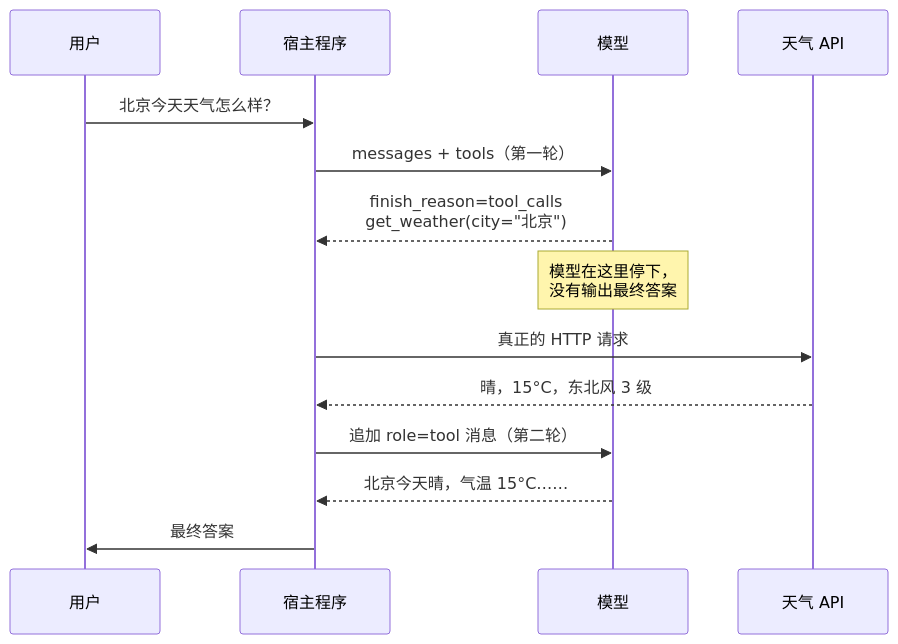
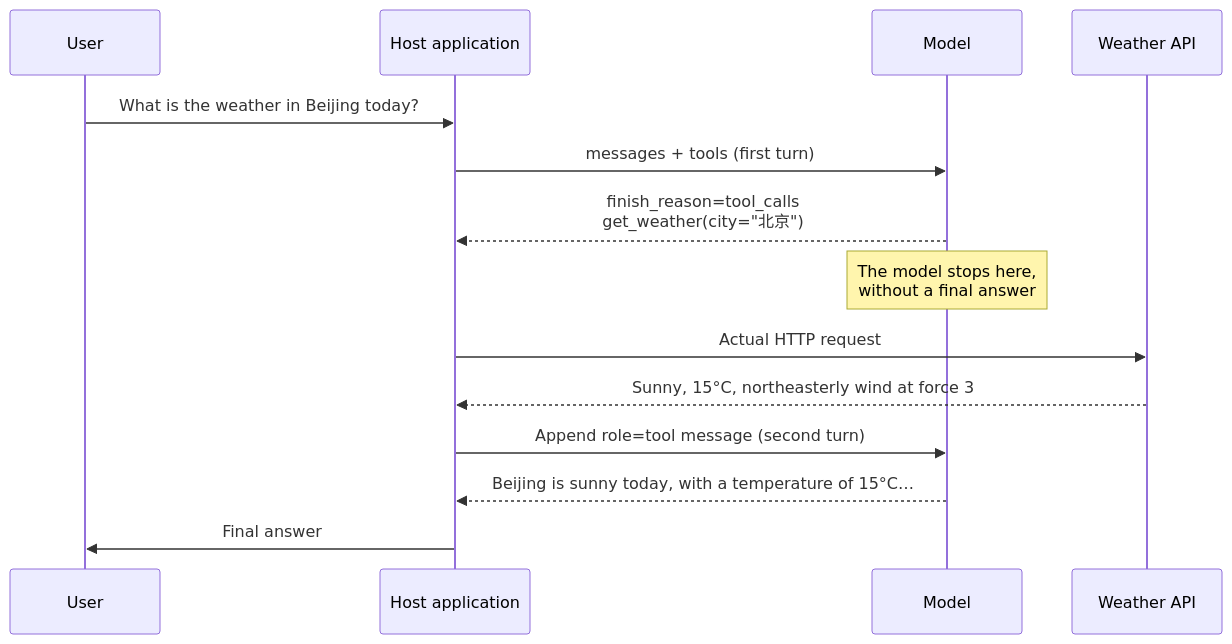
Before and after one commit to oneleaveknowsthefall/awesome-ai-roadmap: the third of 4 diagrams in docs/tools/01-function-calling/01-function-calling.md, drawn with Mermaid. The commit also changed other lines of this file and 42 other files, not shown here.

First line of the commit message:
docs: migrate tools to English-first bilingual pages

````diff
--- a/docs/tools/01-function-calling/01-function-calling.md
+++ b/docs/tools/01-function-calling/01-function-calling.md
@@ -161,17 +162,17 @@
 ```mermaid
 sequenceDiagram
-    participant U as 用户
-    participant H as 宿主程序
-    participant M as 模型
-    participant T as 天气 API
+    participant U as User
+    participant H as Host application
+    participant M as Model
+    participant T as Weather API
 
-    U->>H: 北京今天天气怎么样？
-    H->>M: messages + tools（第一轮）
+    U->>H: What is the weather in Beijing today?
+    H->>M: messages + tools (first turn)
     M-->>H: finish_reason=tool_calls<br/>get_weather(city="北京")
-    Note over M: 模型在这里停下，<br/>没有输出最终答案
-    H->>T: 真正的 HTTP 请求
-    T-->>H: 晴，15°C，东北风 3 级
-    H->>M: 追加 role=tool 消息（第二轮）
-    M-->>H: 北京今天晴，气温 15°C……
-    H->>U: 最终答案
+    Note over M: The model stops here,<br/>without a final answer
+    H->>T: Actual HTTP request
+    T-->>H: Sunny, 15°C, northeasterly wind at force 3
+    H->>M: Append role=tool message (second turn)
+    M-->>H: Beijing is sunny today, with a temperature of 15°C…
+    H->>U: Final answer
 ```
````
